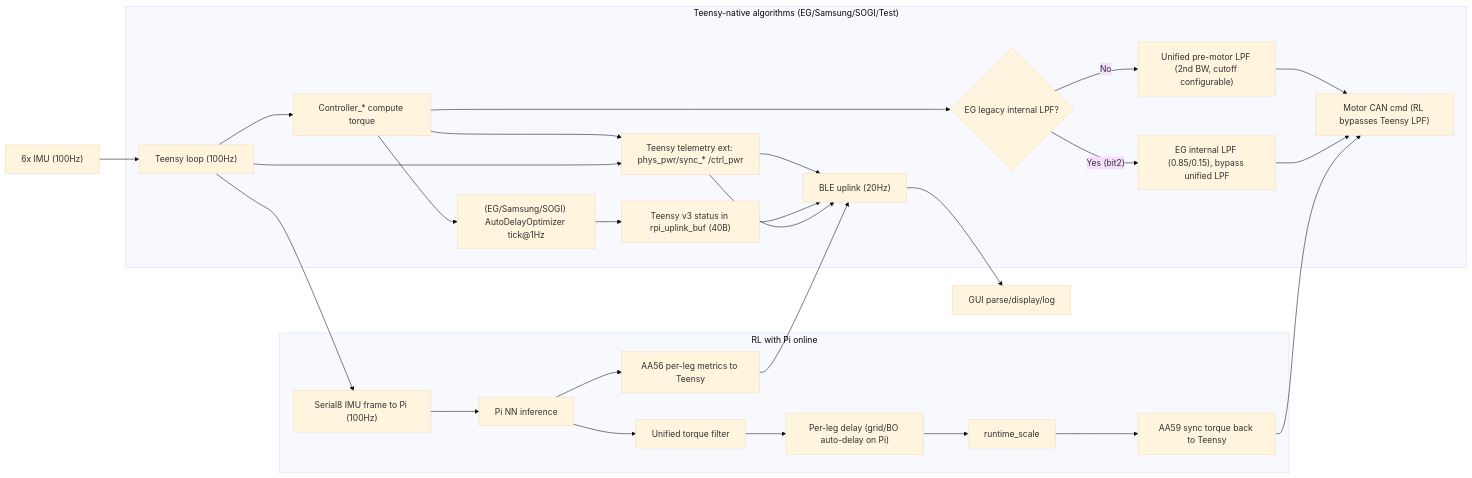
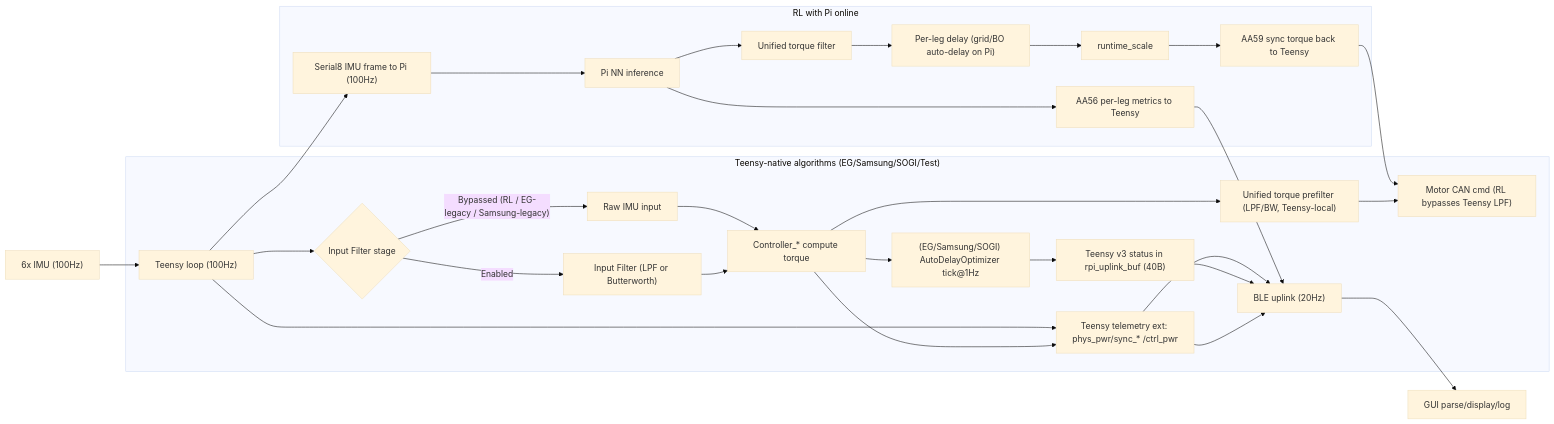
The first of 2 diagrams in Docs/SYSTEM_ARCHITECTURE.md (ALL-IN-EXO/Hip-Exo-All-in-One-with-Apple-GUI), drawn with Mermaid (base theme) before and after one commit. The commit also changed other lines of this file and 8 other files, not shown here.

````diff
--- a/Docs/SYSTEM_ARCHITECTURE.md
+++ b/Docs/SYSTEM_ARCHITECTURE.md
@@ -481,34 +533,35 @@
 ```mermaid
 flowchart LR
     A["6x IMU (100Hz)"] --> B["Teensy loop (100Hz)"]
 
     subgraph NATIVE["Teensy-native algorithms (EG/Samsung/SOGI/Test)"]
-      B --> C1["Controller_* compute torque"]
+      B --> C0{"Input Filter stage"}
+      C0 -- "Enabled" --> C0A["Input Filter (LPF or Butterworth)"]
+      C0 -- "Bypassed (RL / EG-legacy / Samsung-legacy)" --> C0B["Raw IMU input"]
+      C0A --> C1["Controller_* compute torque"]
+      C0B --> C1
       C1 --> C2["(EG/Samsung/SOGI) AutoDelayOptimizer tick@1Hz"]
-      C1 --> C3F{"EG legacy internal LPF?"}
-      C3F -- "No" --> C3A["Unified pre-motor LPF (2nd BW, cutoff configurable)"]
-      C3F -- "Yes (bit2)" --> C3B["EG internal LPF (0.85/0.15), bypass unified LPF"]
+      C1 --> C3A["Unified torque prefilter (LPF/BW, Teensy-local)"]
       C3A --> C3["Motor CAN cmd"]
-      C3B --> C3
       C1 --> C4["Teensy telemetry ext: phys_pwr/sync_* /ctrl_pwr"]
       C2 --> C5["Teensy v3 status in rpi_uplink_buf (40B)"]
       C4 --> D["BLE uplink (20Hz)"]
       C5 --> D
     end
 
     subgraph RLPI["RL with Pi online"]
       B --> E1["Serial8 IMU frame to Pi (100Hz)"]
       E1 --> E2["Pi NN inference"]
       E2 --> E3["Unified torque filter"]
       E3 --> E4["Per-leg delay (grid/BO auto-delay on Pi)"]
       E4 --> E5["runtime_scale"]
       E5 --> E6["AA59 sync torque back to Teensy"]
       E2 --> E7["AA56 per-leg metrics to Teensy"]
       E6 --> C3["Motor CAN cmd (RL bypasses Teensy LPF)"]
       E7 --> D
       B --> C4
       C4 --> D
     end
 
     D --> F["GUI parse/display/log"]
 ```
````
